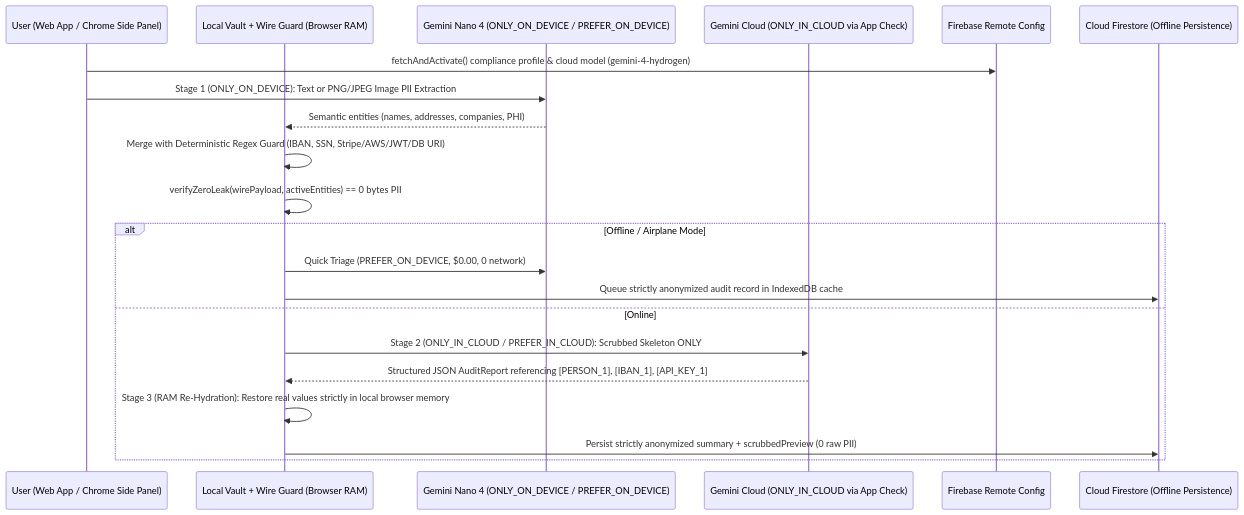
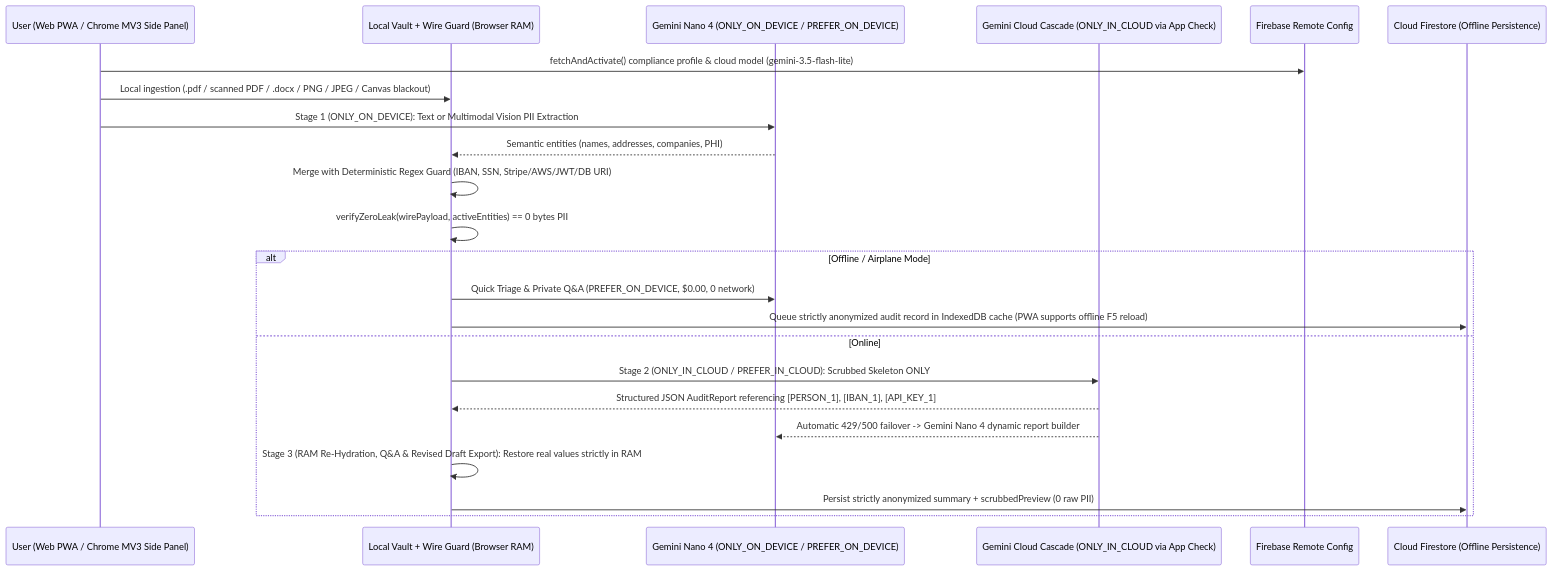
The diagram in docs/architecture.md (Weoxx62/VeilAI-BuildHybridAI), drawn with Mermaid before and after one commit. The commit also changed other lines of this file and 20 other files, not shown here.

Commit message:
feat: add offline PWA F5 reload, local DOCX/scanned-PDF ingestion, selection-to-shield, image blackout, revised draft export, mobile UI, Chrome context menu & CI

````diff
--- a/docs/architecture.md
+++ b/docs/architecture.md
@@ -7,24 +7,26 @@
 ```mermaid
 sequenceDiagram
-    participant U as User (Web App / Chrome Side Panel)
+    participant U as User (Web PWA / Chrome MV3 Side Panel)
     participant V as Local Vault + Wire Guard (Browser RAM)
     participant N as Gemini Nano 4 (ONLY_ON_DEVICE / PREFER_ON_DEVICE)
-    participant C as Gemini Cloud (ONLY_IN_CLOUD via App Check)
+    participant C as Gemini Cloud Cascade (ONLY_IN_CLOUD via App Check)
     participant RC as Firebase Remote Config
     participant FS as Cloud Firestore (Offline Persistence)
 
-    U->>RC: fetchAndActivate() compliance profile & cloud model (gemini-4-hydrogen)
-    U->>N: Stage 1 (ONLY_ON_DEVICE): Text or PNG/JPEG Image PII Extraction
+    U->>RC: fetchAndActivate() compliance profile & cloud model (gemini-3.5-flash-lite)
+    U->>V: Local ingestion (.pdf / scanned PDF / .docx / PNG / JPEG / Canvas blackout)
+    U->>N: Stage 1 (ONLY_ON_DEVICE): Text or Multimodal Vision PII Extraction
     N-->>V: Semantic entities (names, addresses, companies, PHI)
     V->>V: Merge with Deterministic Regex Guard (IBAN, SSN, Stripe/AWS/JWT/DB URI)
     V->>V: verifyZeroLeak(wirePayload, activeEntities) == 0 bytes PII
     alt Offline / Airplane Mode
-        V->>N: Quick Triage (PREFER_ON_DEVICE, $0.00, 0 network)
-        V->>FS: Queue strictly anonymized audit record in IndexedDB cache
+        V->>N: Quick Triage & Private Q&A (PREFER_ON_DEVICE, $0.00, 0 network)
+        V->>FS: Queue strictly anonymized audit record in IndexedDB cache (PWA supports offline F5 reload)
     else Online
         V->>C: Stage 2 (ONLY_IN_CLOUD / PREFER_IN_CLOUD): Scrubbed Skeleton ONLY
         C-->>V: Structured JSON AuditReport referencing [PERSON_1], [IBAN_1], [API_KEY_1]
-        V->>V: Stage 3 (RAM Re-Hydration): Restore real values strictly in local browser memory
+        C-->>N: Automatic 429/500 failover -> Gemini Nano 4 dynamic report builder
+        V->>V: Stage 3 (RAM Re-Hydration, Q&A & Revised Draft Export): Restore real values strictly in RAM
         V->>FS: Persist strictly anonymized summary + scrubbedPreview (0 raw PII)
     end
 ```
````
